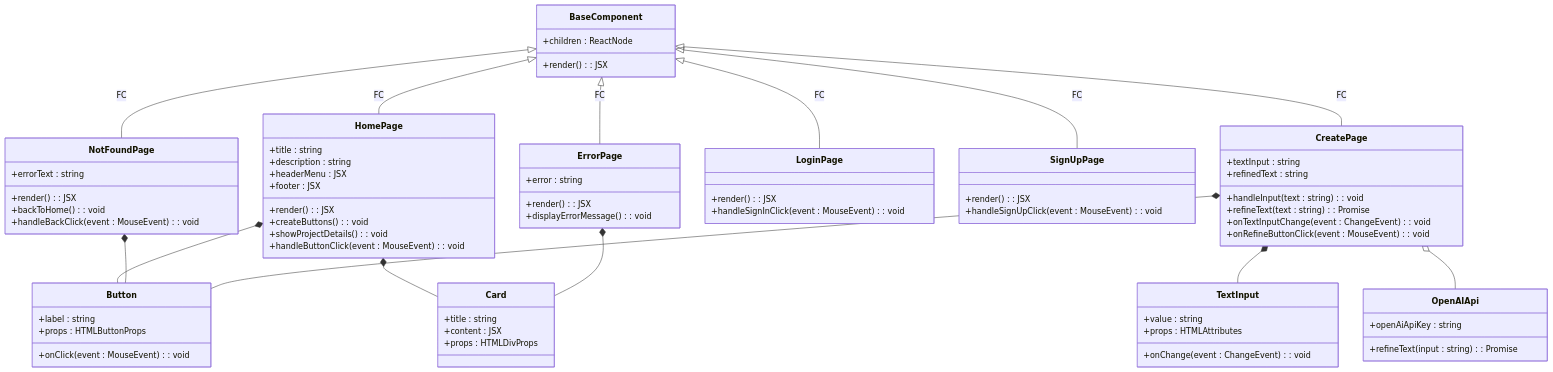
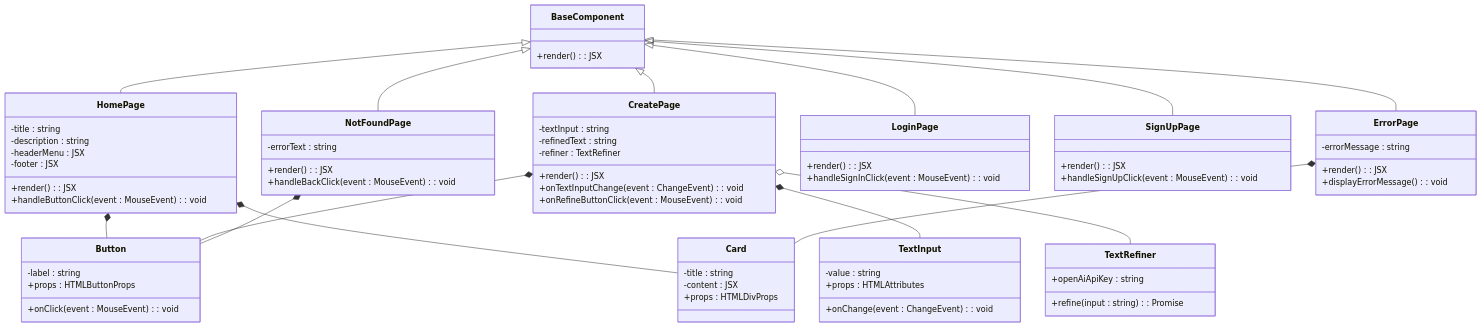
Before and after one commit to nidheesh-m-vakharia/trace-ai: the second of 2 diagrams in README.md, drawn with Mermaid. The commit also changed other lines of this file, not shown here.

````diff
--- a/README.md
+++ b/README.md
@@ -207,36 +207,31 @@
 classDiagram
     %% Base Types %%
     class BaseComponent {
-        +children : ReactNode
         +render() : JSX
     }
 
     %% Page Components %%
-    %% Group Main Pages %%
     class HomePage {
-        +title : string
-        +description : string
+        -title : string
+        -description : string
+        -headerMenu : JSX
+        -footer : JSX
         +render() : JSX
-        +headerMenu : JSX
-        +footer : JSX
-        +createButtons() : void
-        +showProjectDetails() : void
         +handleButtonClick(event : MouseEvent) : void
     }
 
     class CreatePage {
-        +textInput : string
-        +refinedText : string
-        +handleInput(text : string) : void
-        +refineText(text : string) : Promise<string>
+        -textInput : string
+        -refinedText : string
+        -refiner : TextRefiner
+        +render() : JSX
         +onTextInputChange(event : ChangeEvent<HTMLInputElement>) : void
         +onRefineButtonClick(event : MouseEvent) : void
     }
 
     class NotFoundPage {
-        +errorText : string
+        -errorText : string
         +render() : JSX
-        +backToHome() : void
         +handleBackClick(event : MouseEvent) : void
     }
 
@@ -251,49 +246,50 @@
     }
 
     class ErrorPage {
+        -errorMessage : string
         +render() : JSX
-        +error : string
         +displayErrorMessage() : void
     }
 
-    %% API Integrations %%
-    class OpenAIApi {
-        +refineText(input : string) : Promise<string>
+    %% Business Logic %%
+    class TextRefiner {
+        +refine(input : string) : Promise<string>
         +openAiApiKey : string
     }
 
     %% UI Components %%
     class TextInput {
-        +value : string
+        -value : string
         +onChange(event : ChangeEvent<HTMLInputElement>) : void
         +props : HTMLAttributes<HTMLInputElement>
     }
 
     class Button {
-        +label : string
+        -label : string
         +onClick(event : MouseEvent) : void
         +props : HTMLButtonProps<HTMLButtonElement>
     }
 
     class Card {
-        +title : string
-        +content : JSX
+        -title : string
+        -content : JSX
         +props : HTMLDivProps<HTMLDivElement>
     }
 
     %% Relationships %%
-    BaseComponent <|-- HomePage : FC
-    BaseComponent <|-- NotFoundPage : FC
-    BaseComponent <|-- CreatePage : FC
-    BaseComponent <|-- LoginPage : FC
-    BaseComponent <|-- SignUpPage : FC
-    BaseComponent <|-- ErrorPage : FC
+    BaseComponent <|-- HomePage
+    BaseComponent <|-- CreatePage
+    BaseComponent <|-- NotFoundPage
+    BaseComponent <|-- LoginPage
+    BaseComponent <|-- SignUpPage
+    BaseComponent <|-- ErrorPage
 
     HomePage *-- Button
     HomePage *-- Card
-    NotFoundPage *-- Button
     CreatePage *-- TextInput
     CreatePage *-- Button
-    CreatePage o-- OpenAIApi
+    CreatePage o-- TextRefiner
+    NotFoundPage *-- Button
     ErrorPage *-- Card
+
 ```
````
